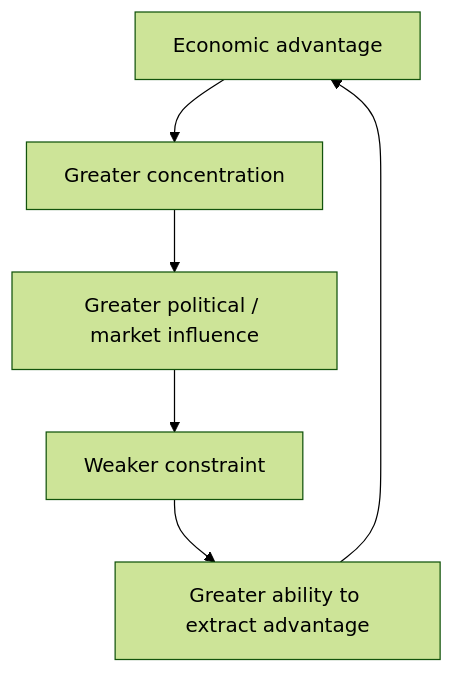
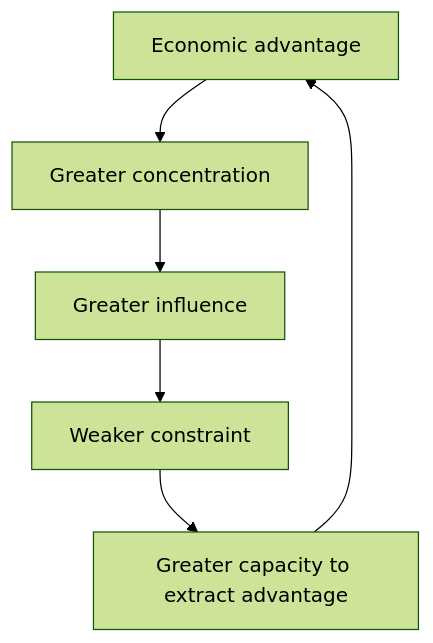
One commit to josefsbreakfast/Polaris-Protocol changed the sixth of 14 diagrams in 🌕_5_Long_Strategies/💸_Business_Is_Tooling/💸_making_harm_too_expensive_to_continue.md. Above: the diagram before and after it, drawn with Mermaid (forest theme). The commit also changed other lines of this file, not shown here.

````diff
--- a/🌕_5_Long_Strategies/💸_Business_Is_Tooling/💸_making_harm_too_expensive_to_continue.md
+++ b/🌕_5_Long_Strategies/💸_Business_Is_Tooling/💸_making_harm_too_expensive_to_continue.md
@@ -285,9 +237,9 @@
 ```mermaid
 flowchart TD
     A[Economic advantage]
     --> B[Greater concentration]
-    --> C[Greater political / market influence]
+    --> C[Greater influence]
     --> D[Weaker constraint]
-    --> E[Greater ability to extract advantage]
+    --> E[Greater capacity to extract advantage]
     --> A
 ```
````
